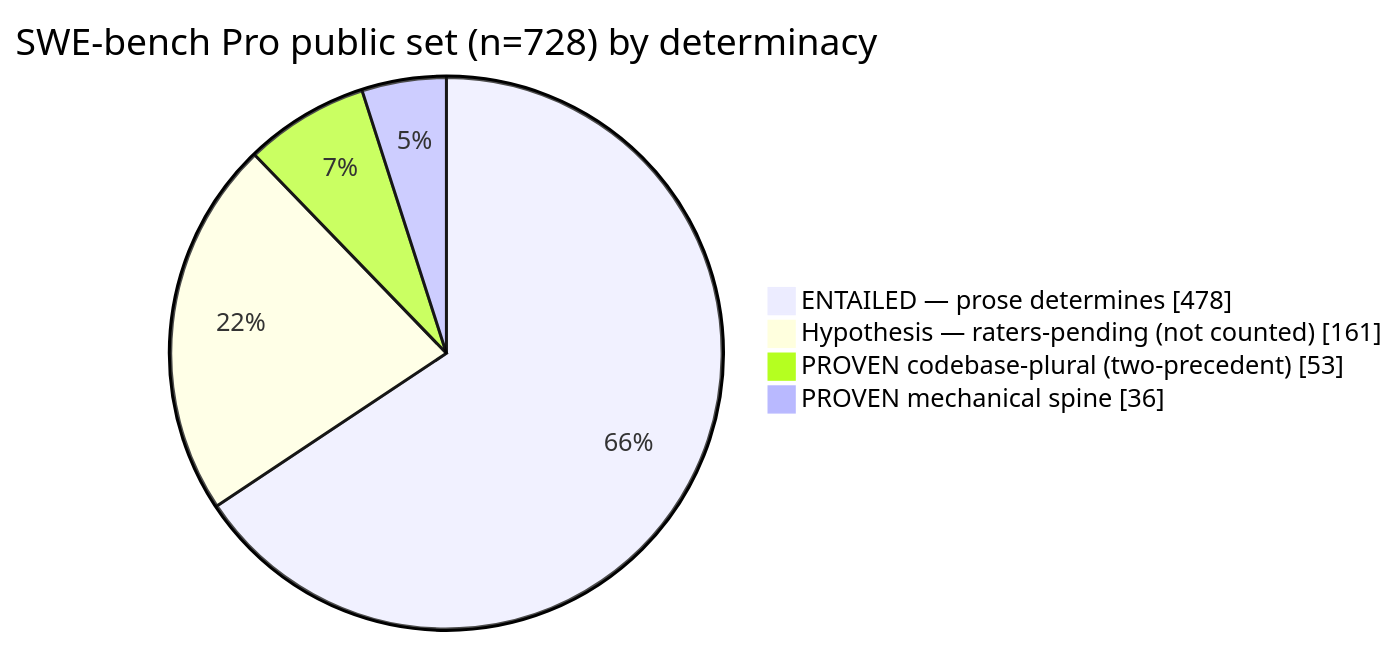
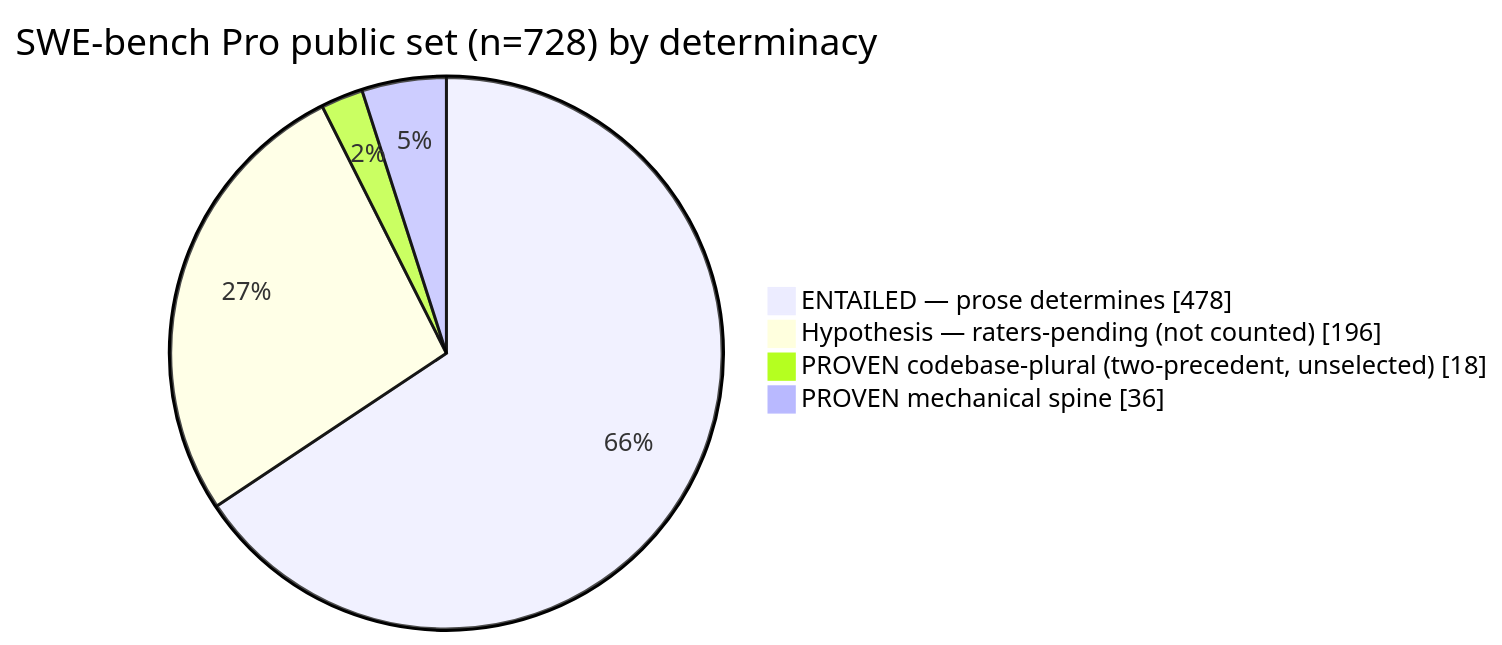
One commit to kimjune01/swebench-pro-audit changed the diagram in README.md. Above: the diagram before and after it, drawn with Mermaid. The commit also changed other lines of this file and 1 other file, not shown here.

````diff
--- a/README.md
+++ b/README.md
@@ -70,7 +70,7 @@
 ```mermaid
 pie showData title SWE-bench Pro public set (n=728) by determinacy
     "ENTAILED — prose determines" : 478
-    "Hypothesis — raters-pending (not counted)" : 161
-    "PROVEN codebase-plural (two-precedent)" : 53
+    "Hypothesis — raters-pending (not counted)" : 196
+    "PROVEN codebase-plural (two-precedent, unselected)" : 18
     "PROVEN mechanical spine" : 36
 ```
````
